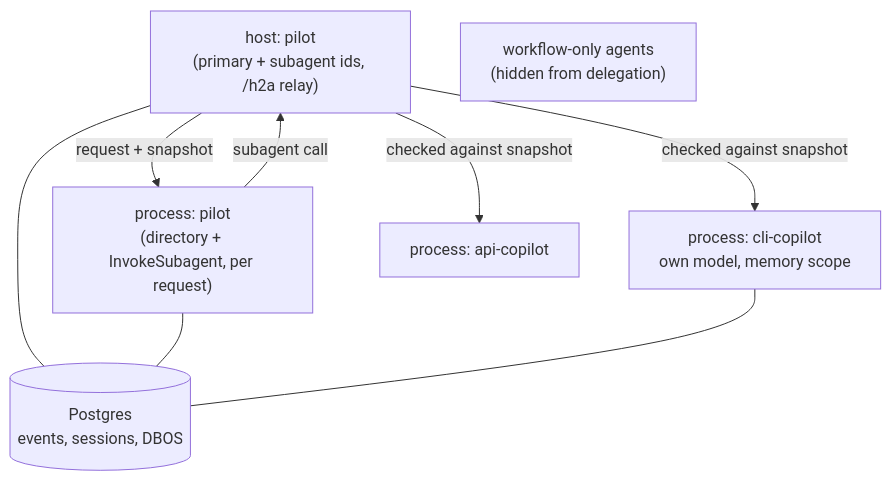
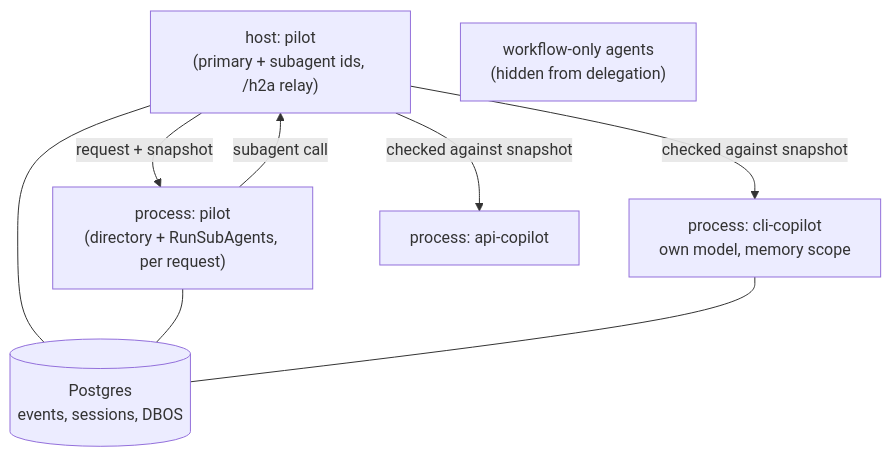
One commit to imsid/mashpy changed the diagram in docs/posts/composing-agents.md. Above: the diagram before and after it, drawn with Mermaid. The commit also changed other lines of this file and 70 other files, not shown here.

First line of the commit message:
feat(runtime)!: run requests in the background and split work with RunSubAgents (#254)

````diff
--- a/docs/posts/composing-agents.md
+++ b/docs/posts/composing-agents.md
@@ -84,16 +96,16 @@
 ```mermaid
 flowchart TD
     H["host: pilot\n(primary + subagent ids, /h2a relay)"]
-    P["process: pilot\n(directory + InvokeSubagent, per request)"]
+    P["process: pilot\n(directory + RunSubAgents, per request)"]
     A["process: cli-copilot\nown model, memory scope"]
     B["process: api-copilot"]
     W["workflow-only agents\n(hidden from delegation)"]
     H -- "request + snapshot" --> P
     P -- "subagent call" --> H
     H -- "checked against snapshot" --> A
     H -- "checked against snapshot" --> B
     PG[("Postgres\nevents, sessions, DBOS")]
     H --- PG
     P --- PG
     A --- PG
 ```
````
